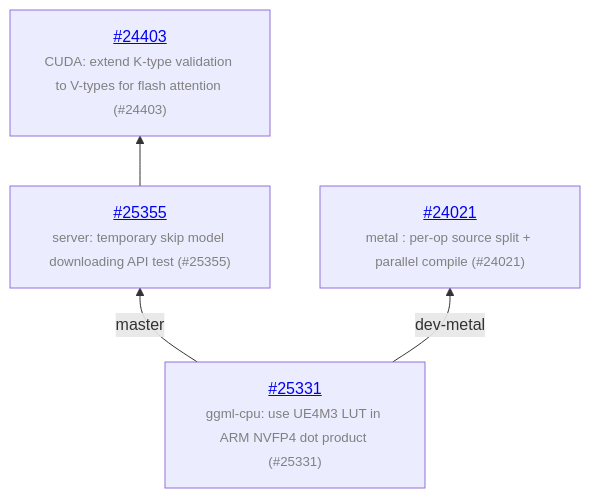
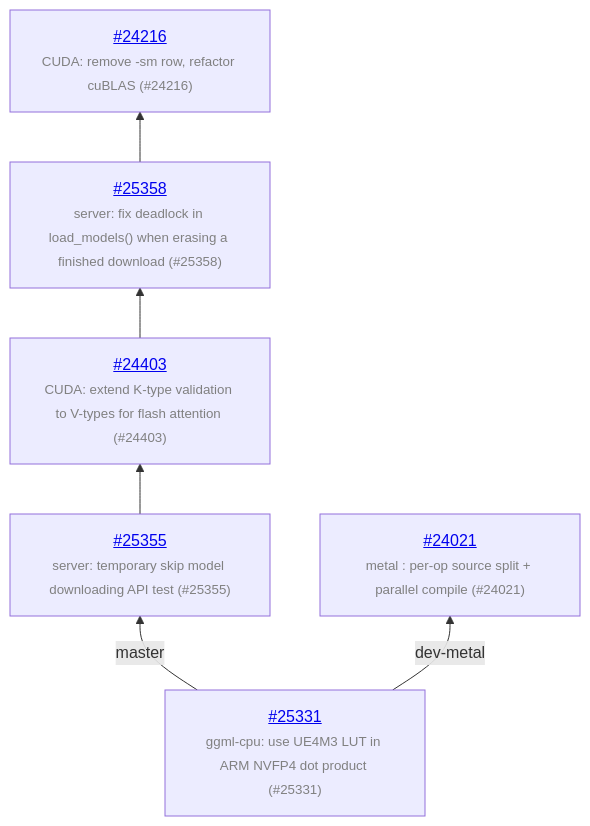
Before and after one commit to ggml-org/llama.cpp-dev: the diagram in README.md, drawn with Mermaid. The commit also changed other lines of this file and 1 other file, not shown here.

Commit message:
auto: update

````diff
--- a/README.md
+++ b/README.md
@@ -13,10 +13,14 @@
 ```mermaid
 graph BT
     COMMON["<a href='https://github.com/ggml-org/llama.cpp/pull/25331'>#25331</a><br/><span style='font-size:smaller;color:gray'>ggml-cpu: use UE4M3 LUT in ARM NVFP4 dot product (#25331)</span>"]
     COMMON -->|master| C_bfdf581
     C_bfdf581["<a href='https://github.com/ggml-org/llama.cpp/pull/25355'>#25355</a><br/><span style='font-size:smaller;color:gray'>server: temporary skip model downloading API test (#25355)</span>"]
     C_bfdf581 --> C_cb295bf
     C_cb295bf["<a href='https://github.com/ggml-org/llama.cpp/pull/24403'>#24403</a><br/><span style='font-size:smaller;color:gray'>CUDA: extend K-type validation to V-types for flash attention (#24403)</span>"]
+    C_cb295bf --> C_9abce74
+    C_9abce74["<a href='https://github.com/ggml-org/llama.cpp/pull/25358'>#25358</a><br/><span style='font-size:smaller;color:gray'>server: fix deadlock in load_models() when erasing a finished download (#25358)</span>"]
+    C_9abce74 --> C_74976e1
+    C_74976e1["<a href='https://github.com/ggml-org/llama.cpp/pull/24216'>#24216</a><br/><span style='font-size:smaller;color:gray'>CUDA: remove -sm row, refactor cuBLAS (#24216)</span>"]
     COMMON -->|dev-metal| C_437f21a
     C_437f21a["<a href='https://github.com/ggml-org/llama.cpp/pull/24021'>#24021</a><br/><span style='font-size:smaller;color:gray'>metal : per-op source split + parallel compile (#24021)</span>"]
 ```
````
